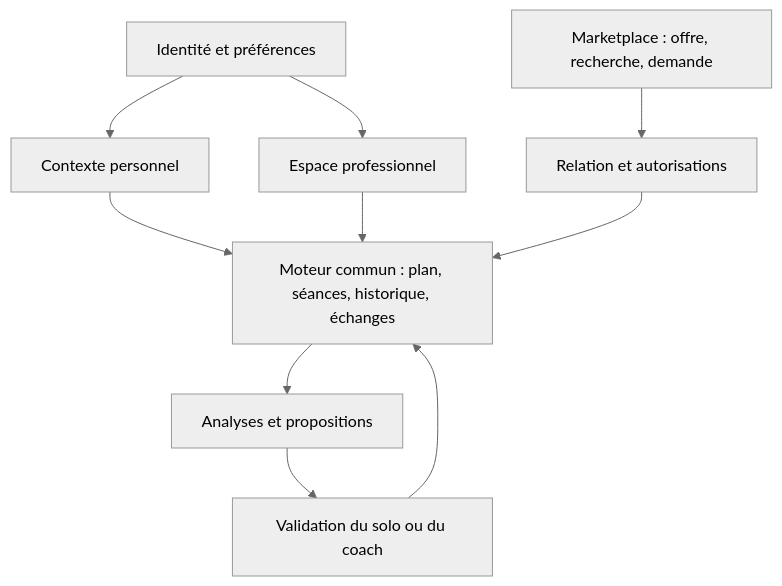
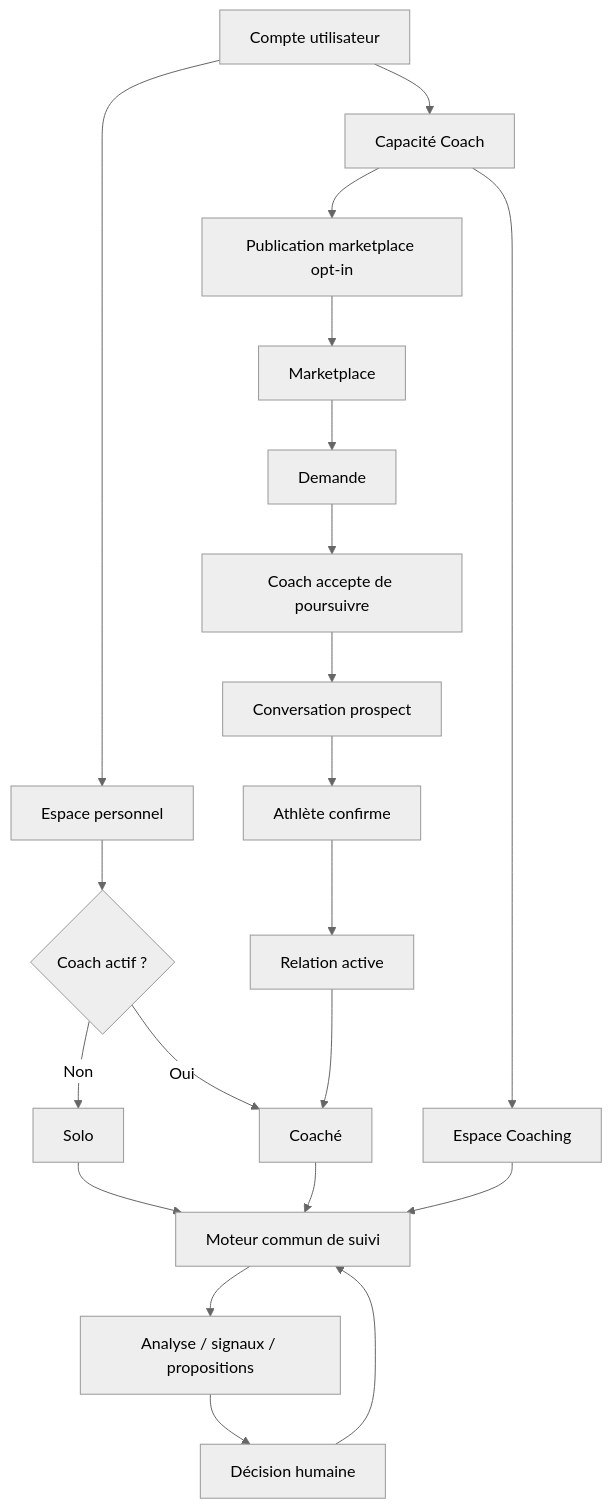
One commit to Jayvy2002/prometheus-tracker-app changed the first of 5 diagrams in docs/CARTE_PRODUIT.md. Above: the diagram before and after it, drawn with Mermaid (neutral theme). The commit also changed other lines of this file, not shown here.

````diff
--- a/docs/CARTE_PRODUIT.md
+++ b/docs/CARTE_PRODUIT.md
@@ -48,12 +15,23 @@
 ```mermaid
 flowchart TD
-  A["Identité et préférences"] --> B["Contexte personnel"]
-  A --> C["Espace professionnel"]
-  B --> D["Moteur commun : plan, séances, historique, échanges"]
-  C --> D
-  E["Marketplace : offre, recherche, demande"] --> F["Relation et autorisations"]
-  F --> D
-  D --> G["Analyses et propositions"]
-  G --> H["Validation du solo ou du coach"]
-  H --> D
+  A[Compte utilisateur] --> B[Espace personnel]
+  A --> C[Capacité Coach]
+  B --> D{Coach actif ?}
+  D -->|Non| E[Solo]
+  D -->|Oui| F[Coaché]
+  C --> G[Espace Coaching]
+  C --> H[Publication marketplace opt-in]
+  E --> I[Moteur commun de suivi]
+  F --> I
+  G --> I
+  H --> J[Marketplace]
+  J --> K[Demande]
+  K --> L[Coach accepte de poursuivre]
+  L --> M[Conversation prospect]
+  M --> N[Athlète confirme]
+  N --> O[Relation active]
+  O --> F
+  I --> P[Analyse / signaux / propositions]
+  P --> Q[Décision humaine]
+  Q --> I
 ```
````
